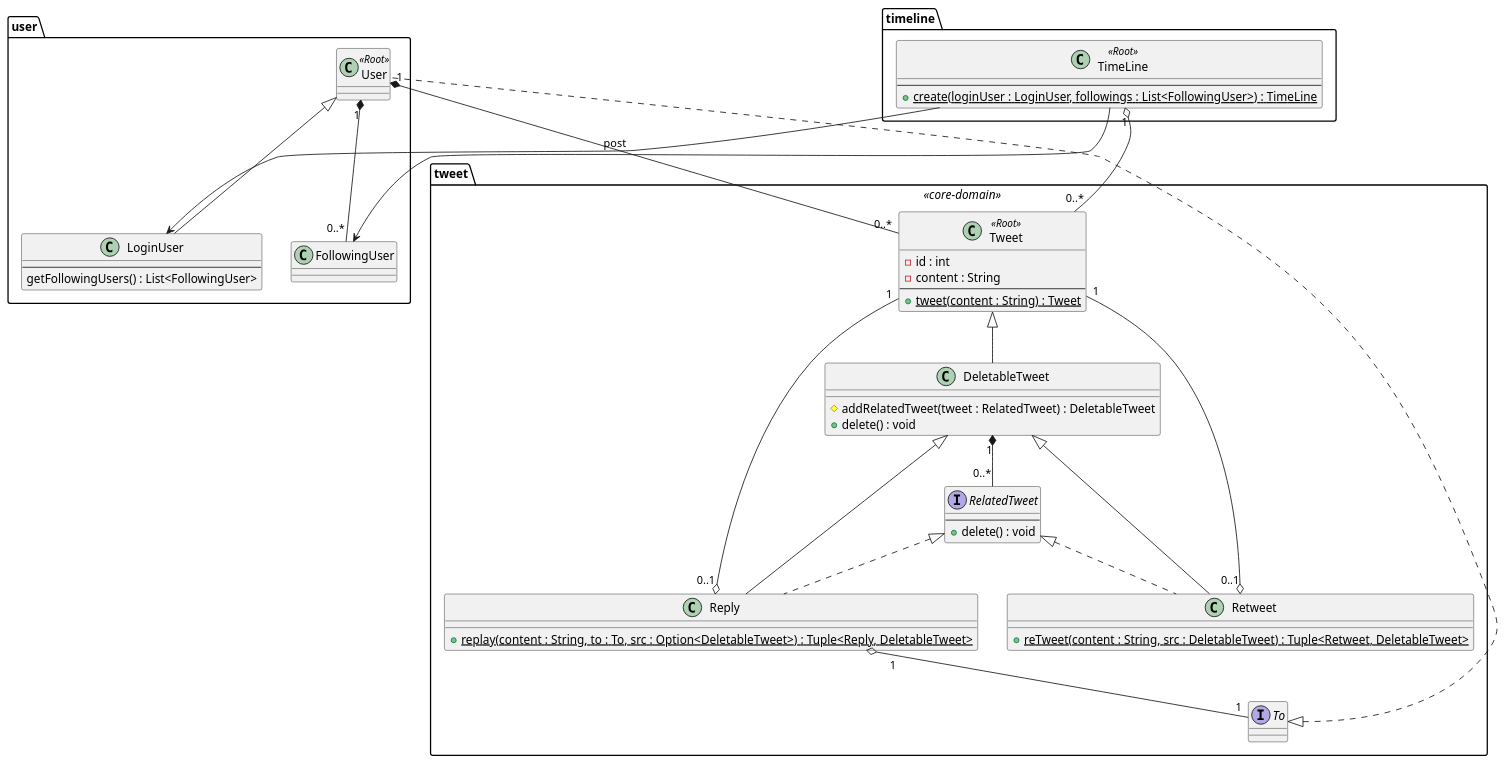
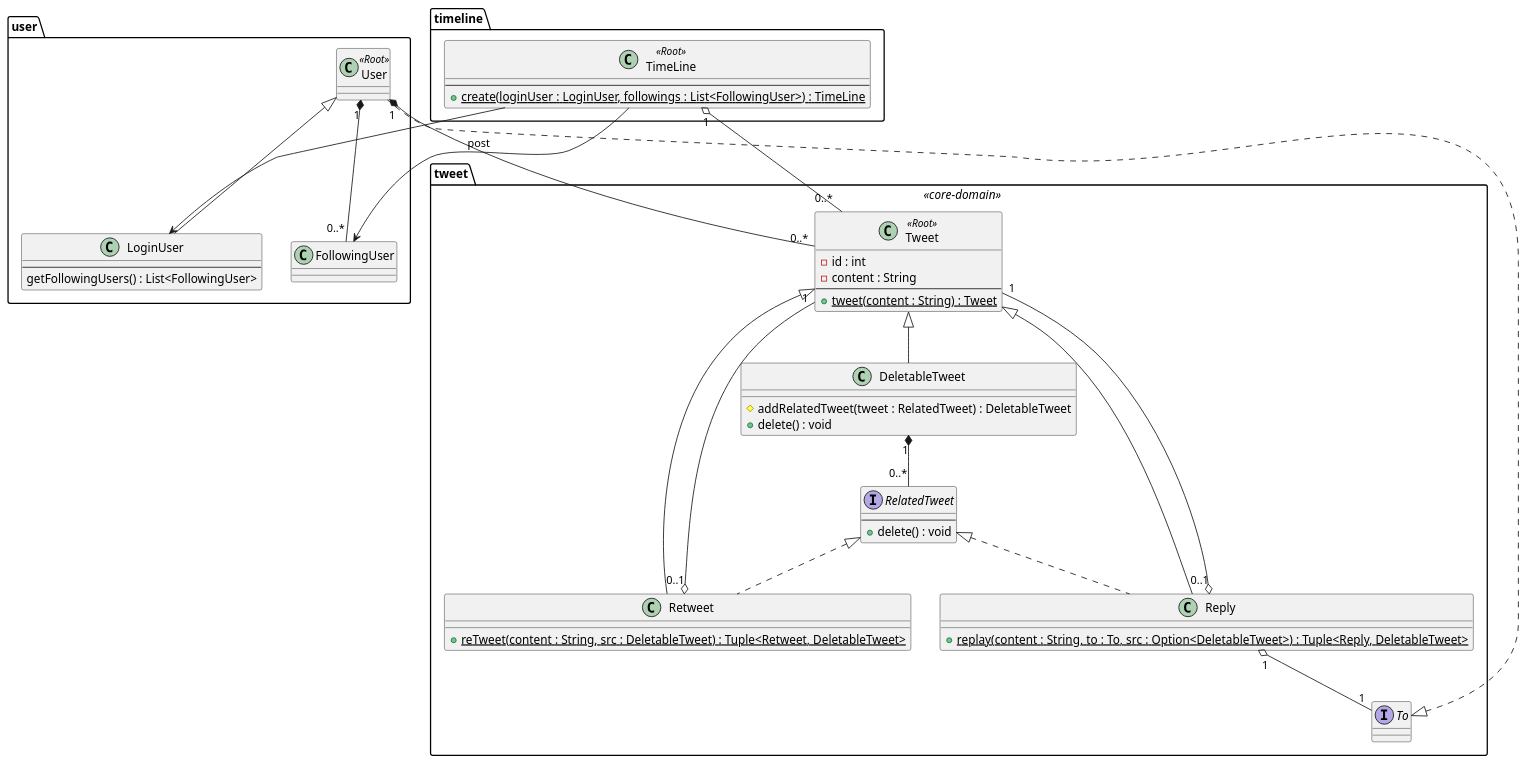
The diagram in domain_model.puml (m-doi/dddprac-twitter), drawn with PlantUML before and after one commit.

```diff
--- a/domain_model.puml
+++ b/domain_model.puml
@@ -1,70 +1,70 @@
 @startuml
 
 package tweet <<core-domain>> {
     class Tweet  <<Root>> {
         - id : int
         - content : String
         --
         + {static} tweet(content : String) : Tweet
     }
     class DeletableTweet {
         # addRelatedTweet(tweet : RelatedTweet) : DeletableTweet
         + delete() : void
     }
     interface RelatedTweet {
         --
         + delete() : void
     }
     class Retweet {
         + {static} reTweet(content : String, src : DeletableTweet) : Tuple<Retweet, DeletableTweet>
     }
     class Reply {
         + {static} replay(content : String, to : To, src : Option<DeletableTweet>) : Tuple<Reply, DeletableTweet>
     }
     interface To
 
     Tweet <|-- DeletableTweet
     RelatedTweet <|.. Reply
     RelatedTweet <|.. Retweet
-    DeletableTweet <|-- Reply
-    DeletableTweet <|-- Retweet
+    Tweet <|-- Reply
+    Tweet <|-- Retweet
     Retweet "0..1" o-- "1" Tweet
     Reply "0..1" o-- "1" Tweet
     DeletableTweet "1" *-- "0..*" RelatedTweet
 
     Reply "1" o-- "1" To
 }
 
 
 
 package user {
     class User <<Root>>
     class LoginUser {
         --
         getFollowingUsers() : List<FollowingUser>
     }
 
     User <|-- LoginUser
 
     class FollowingUser
     User "1" *-- "0..*" FollowingUser
 }
 
 User "1" *-- "0..*" Tweet : post
 To <|.. User
 
 package timeline {
     class TimeLine <<Root>> {
         --
         + {static} create(loginUser : LoginUser, followings : List<FollowingUser>) : TimeLine
     }
 }
 
 TimeLine "1" o-- "0..*" Tweet
 TimeLine --> LoginUser
 TimeLine --> FollowingUser
 
 
 
 
 @enduml
```
